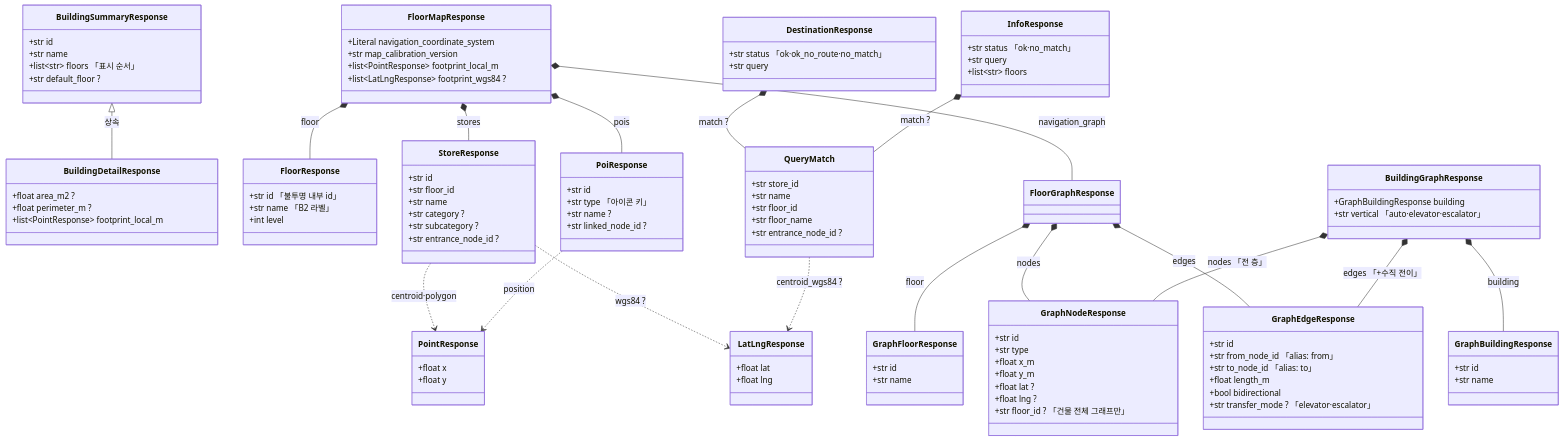
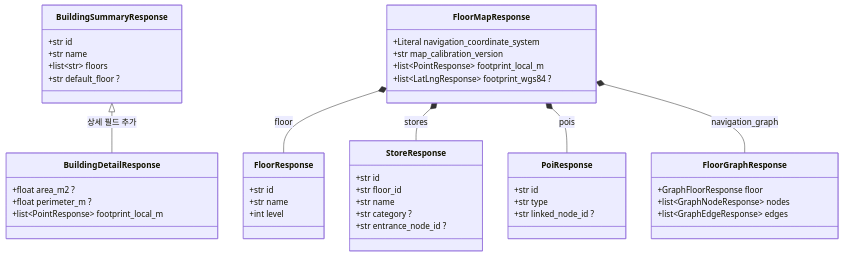
One commit to Routex-labs/Navigation changed the first of 4 diagrams in backend/app/dto/README.md. Above: the diagram before and after it, drawn with Mermaid. The commit also changed other lines of this file and 36 other files, not shown here.

````diff
--- a/backend/app/dto/README.md
+++ b/backend/app/dto/README.md
@@ -28,7 +33,7 @@
     class BuildingSummaryResponse {
         +str id
         +str name
-        +list~str~ floors 「표시 순서」
+        +list~str~ floors
         +str default_floor ?
     }
     class BuildingDetailResponse {
@@ -43,8 +48,8 @@
         +list~LatLngResponse~ footprint_wgs84 ?
     }
     class FloorResponse {
-        +str id 「불투명 내부 id」
-        +str name 「B2 라벨」
+        +str id
+        +str name
         +int level
     }
     class StoreResponse {
@@ -52,90 +57,22 @@
         +str floor_id
         +str name
         +str category ?
-        +str subcategory ?
         +str entrance_node_id ?
     }
     class PoiResponse {
         +str id
-        +str type 「아이콘 키」
-        +str name ?
+        +str type
         +str linked_node_id ?
     }
-    class FloorGraphResponse
-    class GraphFloorResponse {
-        +str id
-        +str name
-    }
-    class GraphNodeResponse {
-        +str id
-        +str type
-        +float x_m
-        +float y_m
-        +float lat ?
-        +float lng ?
-        +str floor_id ? 「건물 전체 그래프만」
-    }
-    class GraphEdgeResponse {
-        +str id
-        +str from_node_id 「alias: from」
-        +str to_node_id 「alias: to」
-        +float length_m
-        +bool bidirectional
-        +str transfer_mode ? 「elevator·escalator」
-    }
-    class BuildingGraphResponse {
-        +GraphBuildingResponse building
-        +str vertical 「auto·elevator·escalator」
-    }
-    class GraphBuildingResponse {
-        +str id
-        +str name
-    }
-    class DestinationResponse {
-        +str status 「ok·ok_no_route·no_match」
-        +str query
-    }
-    class InfoResponse {
-        +str status 「ok·no_match」
-        +str query
-        +list~str~ floors
-    }
-    class QueryMatch {
-        +str store_id
-        +str name
-        +str floor_id
-        +str floor_name
-        +str entrance_node_id ?
-    }
-    class PointResponse {
-        +float x
-        +float y
-    }
-    class LatLngResponse {
-        +float lat
-        +float lng
+    class FloorGraphResponse {
+        +GraphFloorResponse floor
+        +list~GraphNodeResponse~ nodes
+        +list~GraphEdgeResponse~ edges
     }
 
-    BuildingSummaryResponse <|-- BuildingDetailResponse : 상속
-
+    BuildingSummaryResponse <|-- BuildingDetailResponse : 상세 필드 추가
     FloorMapResponse *-- FloorResponse : floor
     FloorMapResponse *-- StoreResponse : stores
     FloorMapResponse *-- PoiResponse : pois
     FloorMapResponse *-- FloorGraphResponse : navigation_graph
-
-    FloorGraphResponse *-- GraphFloorResponse : floor
-    FloorGraphResponse *-- GraphNodeResponse : nodes
-    FloorGraphResponse *-- GraphEdgeResponse : edges
-
-    BuildingGraphResponse *-- GraphBuildingResponse : building
-    BuildingGraphResponse *-- GraphNodeResponse : nodes 「전 층」
-    BuildingGraphResponse *-- GraphEdgeResponse : edges 「+수직 전이」
-
-    DestinationResponse *-- QueryMatch : match ?
-    InfoResponse *-- QueryMatch : match ?
-
-    StoreResponse ..> PointResponse : centroid·polygon
-    StoreResponse ..> LatLngResponse : wgs84 ?
-    PoiResponse ..> PointResponse : position
-    QueryMatch ..> LatLngResponse : centroid_wgs84 ?
 ```
````
